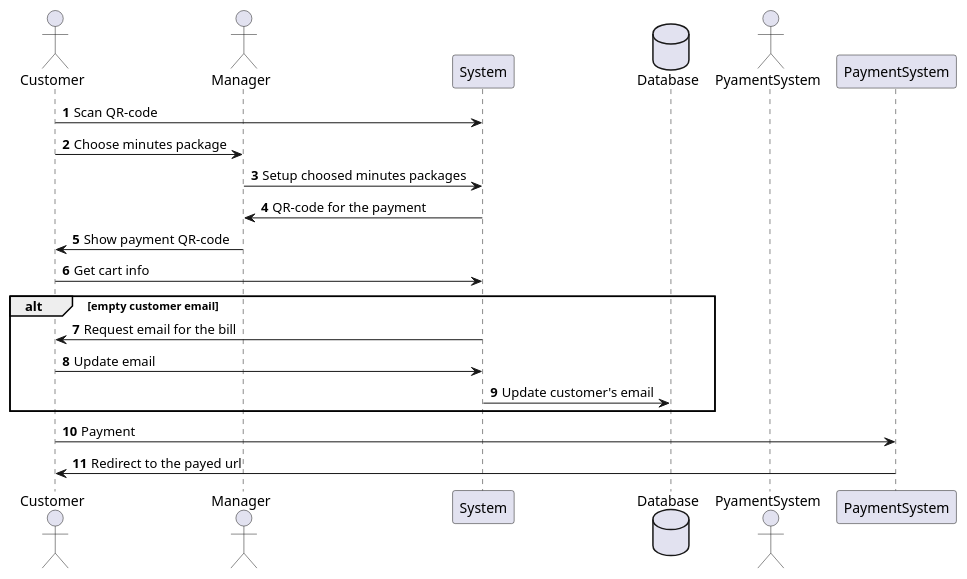
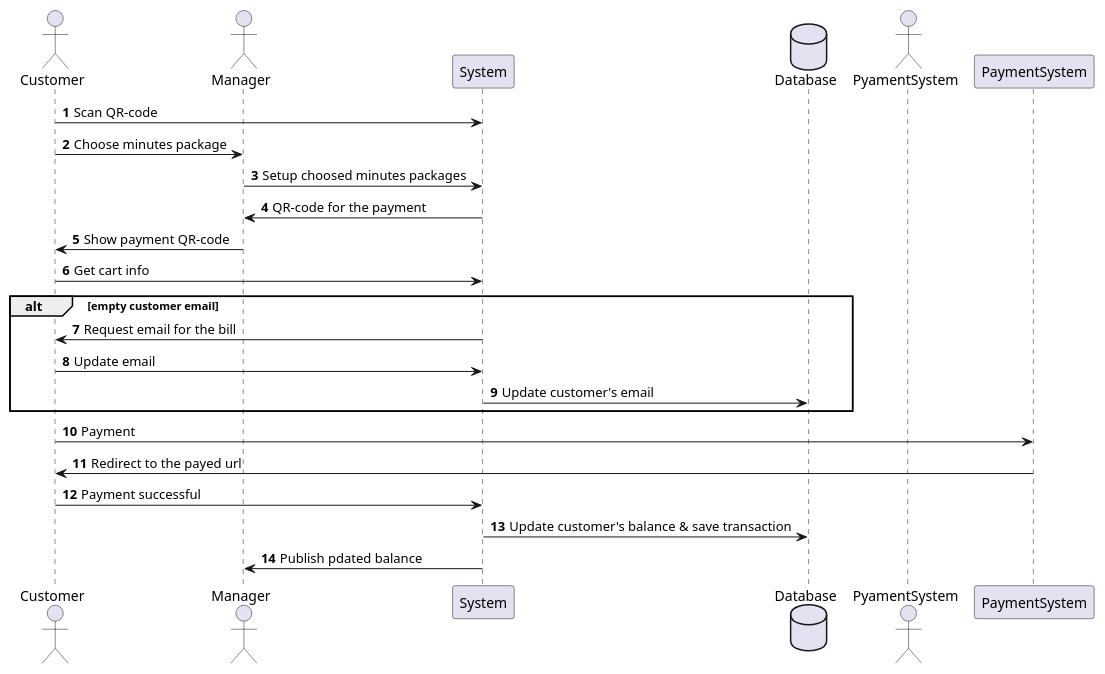
One commit to scipunch/notes changed the diagram in projects/cyberpass/Technical requirements V2.md. Above: the diagram before and after it, drawn with PlantUML.

Commit message:
vault backup: 2024-09-02 16:15:06

````diff
--- a/projects/cyberpass/Technical requirements V2.md
+++ b/projects/cyberpass/Technical requirements V2.md
@@ -1,22 +1,25 @@
 ```plantuml
 actor Customer
 actor Manager
 participant System
 database Database
 actor PyamentSystem
 
 autonumber
 Customer -> System : Scan QR-code
 Customer -> Manager : Choose minutes package
 Manager -> System : Setup choosed minutes packages
 System -> Manager : QR-code for the payment
 Manager -> Customer : Show payment QR-code
 Customer -> System : Get cart info
 alt empty customer email
 	System -> Customer : Request email for the bill
 	Customer -> System : Update email
 	System -> Database : Update customer's email
 end
 Customer -> PaymentSystem : Payment
 PaymentSystem -> Customer : Redirect to the payed url
+Customer -> System : Payment successful
+System -> Database : Update customer's balance & save transaction
+System -> Manager : Publish pdated balance
 ```
````
